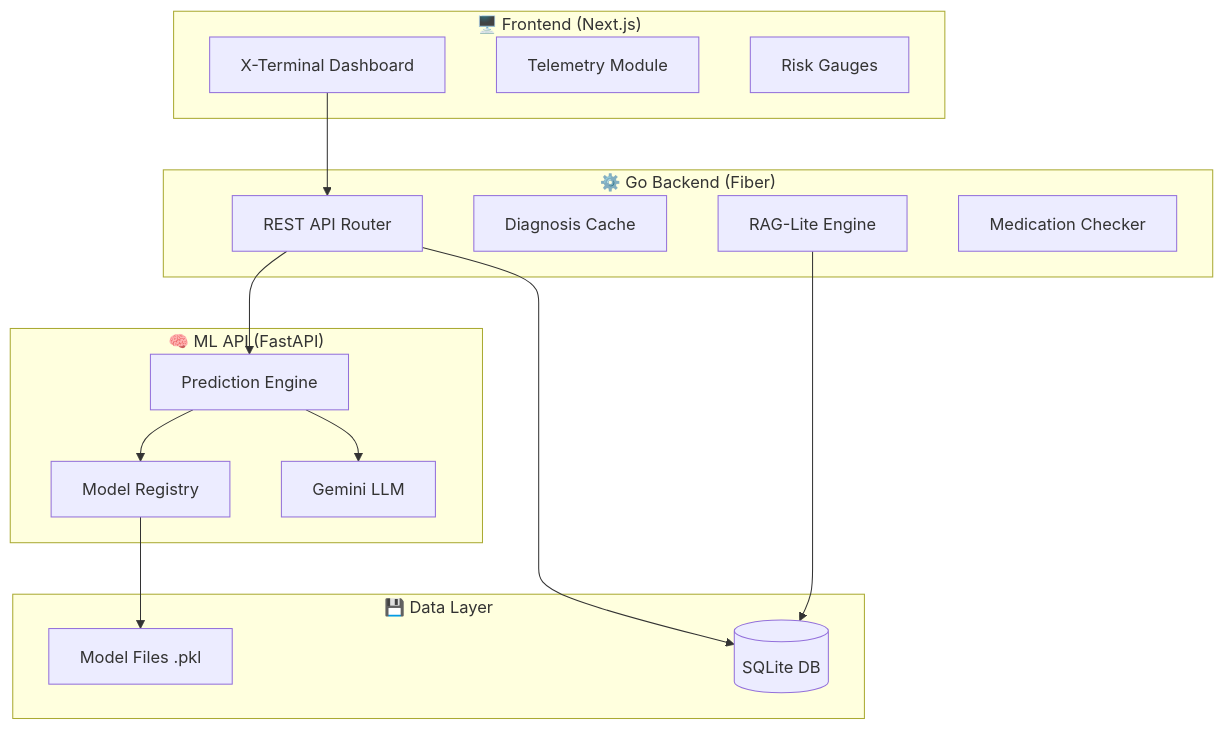
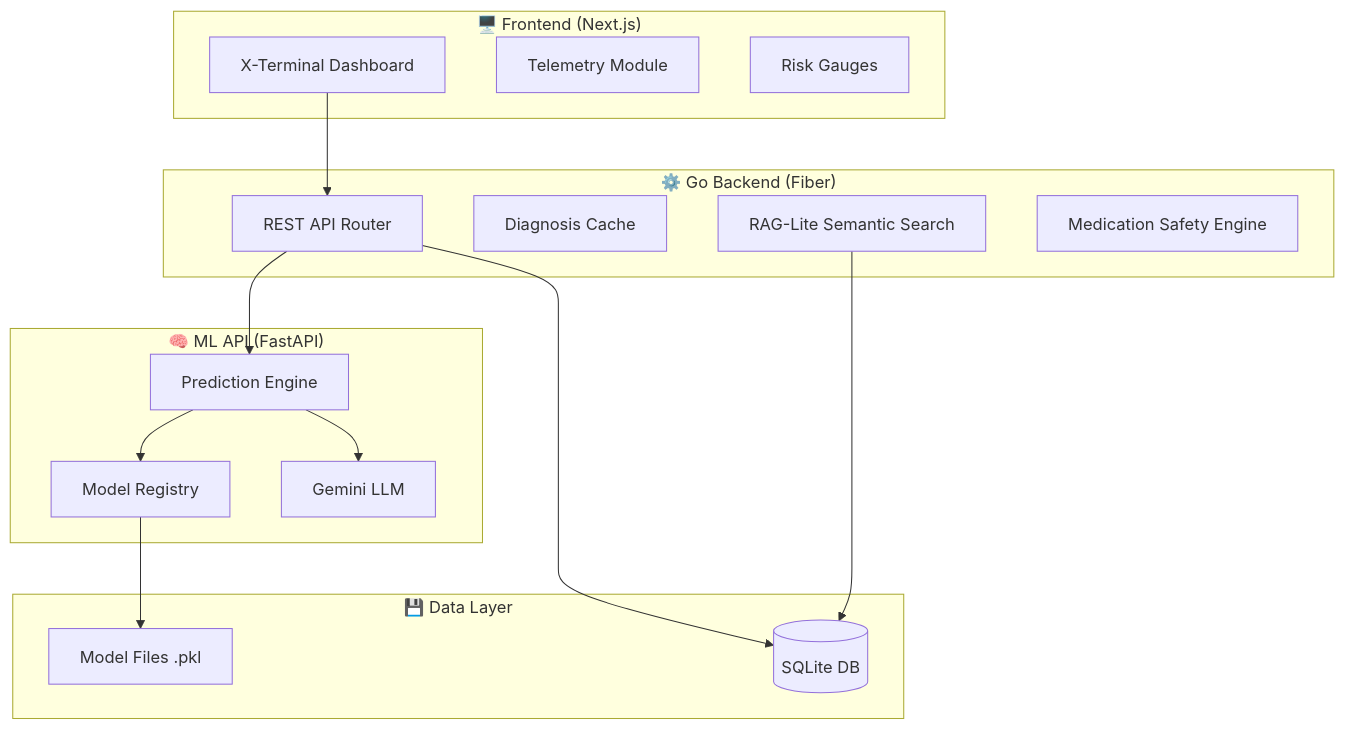
Before and after one commit to PoyrazK/Health_System: the first of 6 diagrams in docs/ARCHITECTURE.md, drawn with Mermaid. The commit also changed other lines of this file and 31 other files, not shown here.

````diff
--- a/docs/ARCHITECTURE.md
+++ b/docs/ARCHITECTURE.md
@@ -9,34 +9,34 @@
 ```mermaid
 graph TB
     subgraph Frontend["🖥️ Frontend (Next.js)"]
         UI[X-Terminal Dashboard]
         TM[Telemetry Module]
         RG[Risk Gauges]
     end
     
     subgraph Backend["⚙️ Go Backend (Fiber)"]
         API[REST API Router]
         CACHE[Diagnosis Cache]
-        RAG[RAG-Lite Engine]
-        MED[Medication Checker]
+        RAG[RAG-Lite Semantic Search]
+        MED[Medication Safety Engine]
     end
     
     subgraph ML["🧠 ML API (FastAPI)"]
         PRED[Prediction Engine]
         MODELS[Model Registry]
         LLM[Gemini LLM]
     end
     
     subgraph Data["💾 Data Layer"]
         DB[(SQLite DB)]
         PKL[Model Files .pkl]
     end
     
     UI --> API
     API --> PRED
     API --> DB
     RAG --> DB
     PRED --> MODELS
     MODELS --> PKL
     PRED --> LLM
 ```
````
